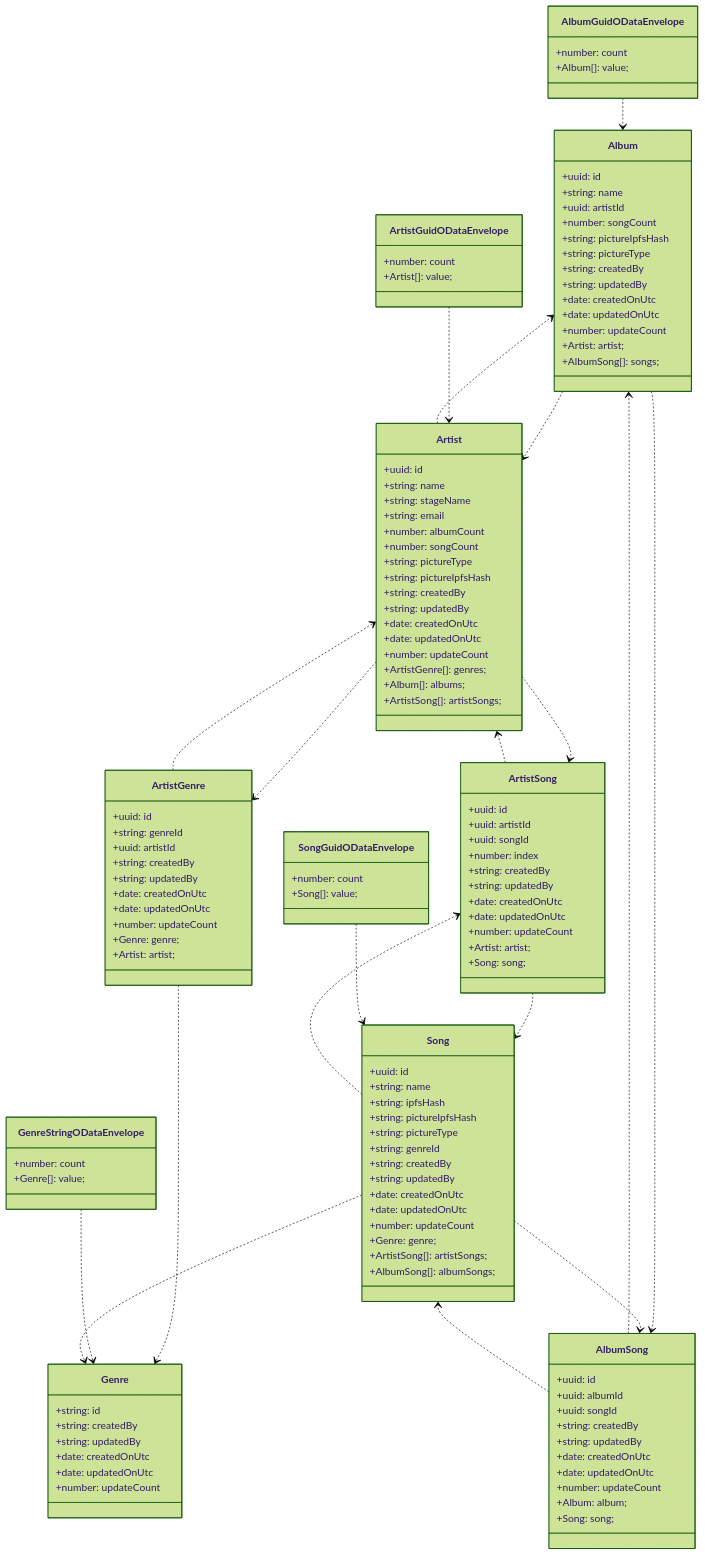
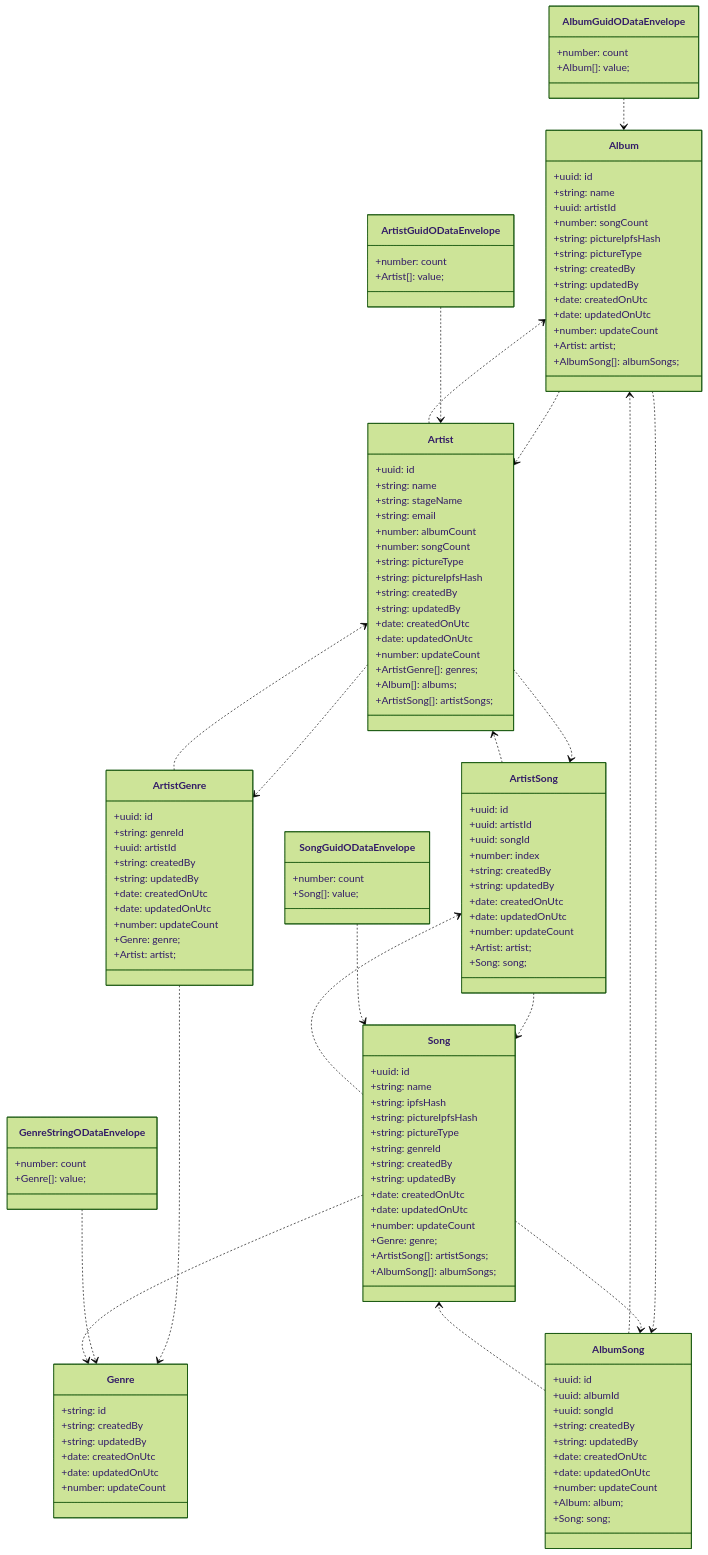
The diagram in docs/artists-odata/class-diagram.md (ikemtz/ITEC5905), drawn with Mermaid (forest theme) before and after one commit. The commit also changed 79 other files, not shown here.

```diff
--- a/docs/artists-odata/class-diagram.md
+++ b/docs/artists-odata/class-diagram.md
@@ -33,7 +33,7 @@
     +date: updatedOnUtc
     +number: updateCount
     +Artist: artist;
-    +AlbumSong[]: songs;
+    +AlbumSong[]: albumSongs;
   }
   class AlbumGuidODataEnvelope{
     +number: count
```
